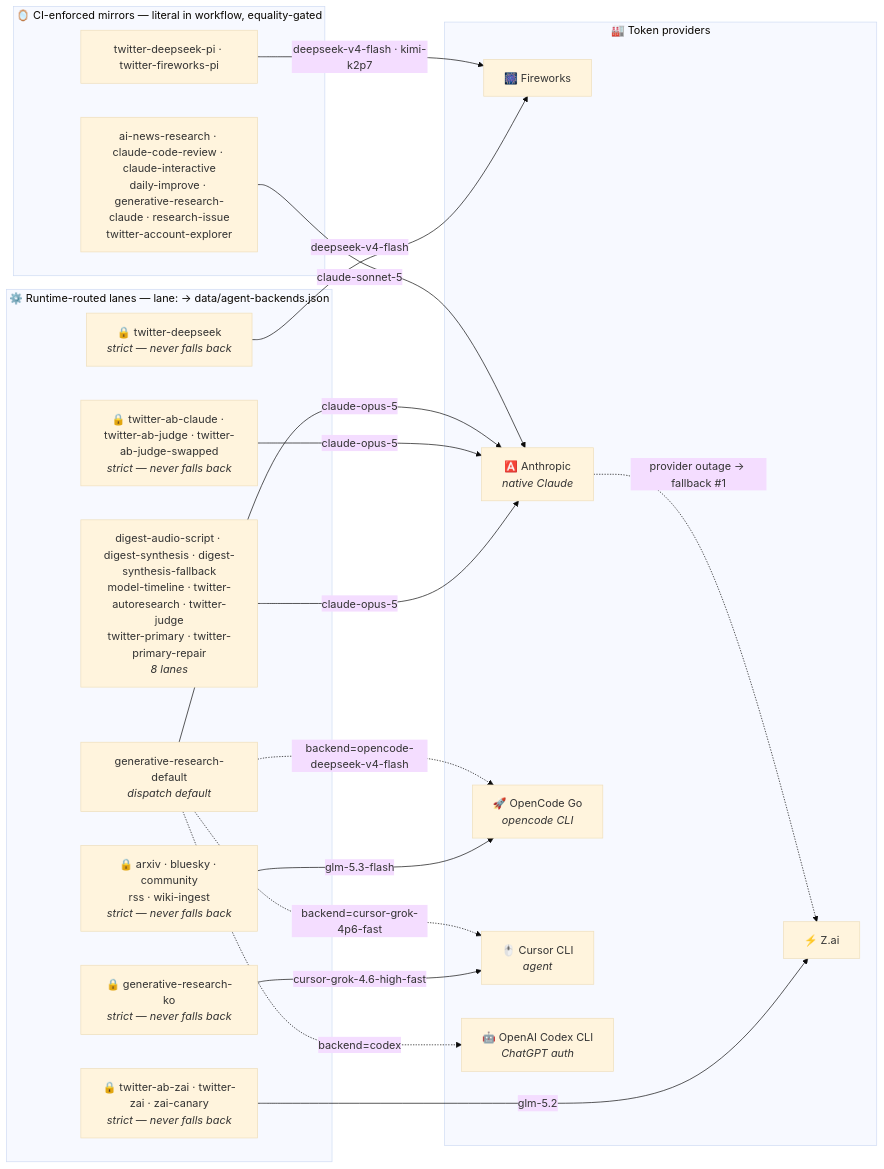
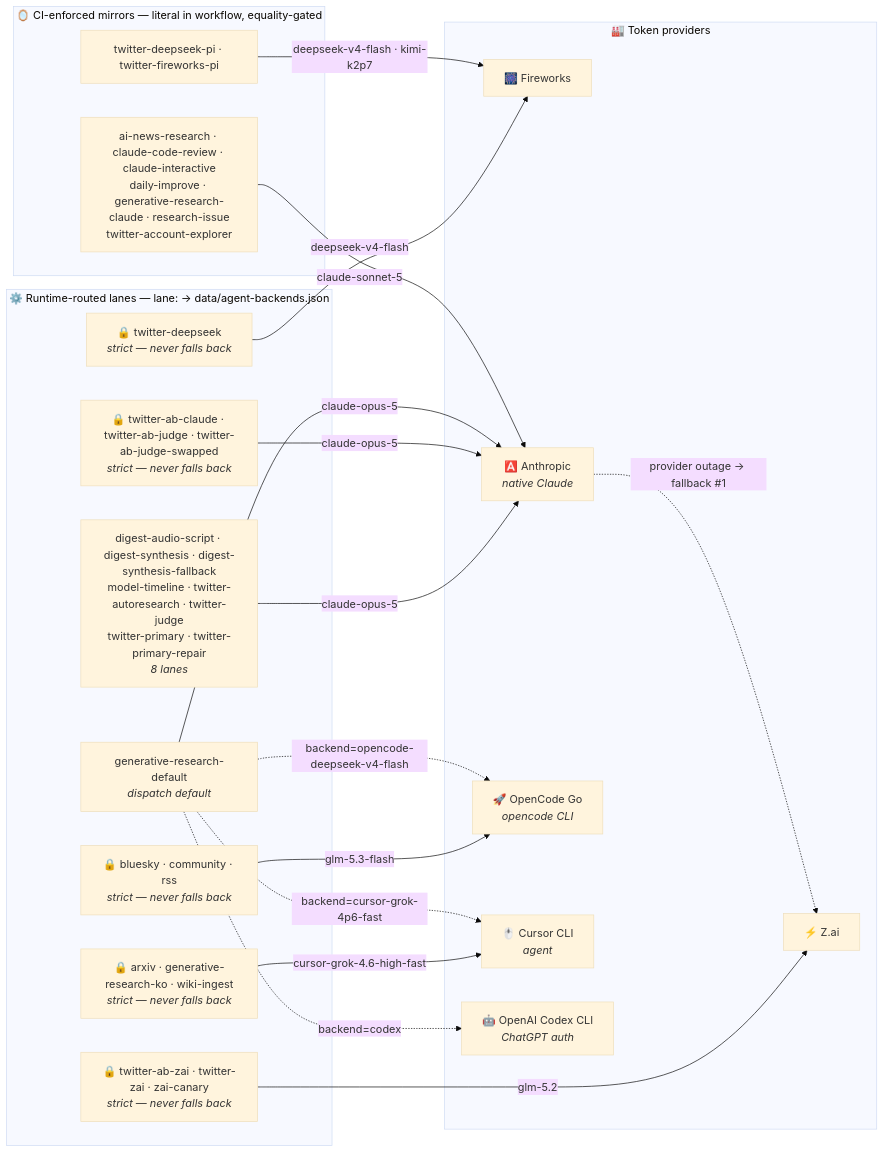
The second of 2 diagrams in README.md (guzus/ai-research-arm), drawn with Mermaid (base theme) before and after one commit. The commit also changed other lines of this file and 77 other files, not shown here.

````diff
--- a/README.md
+++ b/README.md
@@ -152,37 +152,37 @@
 ```mermaid
 flowchart LR
     subgraph runtime["⚙️ Runtime-routed lanes — lane: → data/agent-backends.json"]
         lanes0["digest-audio-script · digest-synthesis · digest-synthesis-fallback<br/>model-timeline · twitter-autoresearch · twitter-judge<br/>twitter-primary · twitter-primary-repair<br/><i>8 lanes</i>"]
         strict0["🔒 twitter-ab-claude · twitter-ab-judge · twitter-ab-judge-swapped<br/><i>strict — never falls back</i>"]
-        strict1["🔒 generative-research-ko<br/><i>strict — never falls back</i>"]
+        strict1["🔒 arxiv · generative-research-ko · wiki-ingest<br/><i>strict — never falls back</i>"]
         strict2["🔒 twitter-deepseek<br/><i>strict — never falls back</i>"]
-        strict3["🔒 arxiv · bluesky · community<br/>rss · wiki-ingest<br/><i>strict — never falls back</i>"]
+        strict3["🔒 bluesky · community · rss<br/><i>strict — never falls back</i>"]
         strict4["🔒 twitter-ab-zai · twitter-zai · zai-canary<br/><i>strict — never falls back</i>"]
         gendef["generative-research-default<br/><i>dispatch default</i>"]
     end
     subgraph mirrors["🪞 CI-enforced mirrors — literal in workflow, equality-gated"]
         pi["twitter-deepseek-pi · twitter-fireworks-pi"]
         native["ai-news-research · claude-code-review · claude-interactive<br/>daily-improve · generative-research-claude · research-issue<br/>twitter-account-explorer"]
     end
     subgraph providers["🏭 Token providers"]
         FW["🎆 Fireworks"]
         ZAI["⚡ Z.ai"]
         ANT["🅰️ Anthropic<br/><i>native Claude</i>"]
         OC["🚀 OpenCode Go<br/><i>opencode CLI</i>"]
         CUR["🖱️ Cursor CLI<br/><i>agent</i>"]
         OAI["🤖 OpenAI Codex CLI<br/><i>ChatGPT auth</i>"]
     end
     lanes0 -->|"claude-opus-5"| ANT
     strict0 -->|"claude-opus-5"| ANT
     strict1 -->|"cursor-grok-4.6-high-fast"| CUR
     strict2 -->|"deepseek-v4-flash"| FW
     strict3 -->|"glm-5.3-flash"| OC
     strict4 -->|"glm-5.2"| ZAI
     gendef -->|"claude-opus-5"| ANT
     pi -->|"deepseek-v4-flash · kimi-k2p7"| FW
     native -->|"claude-sonnet-5"| ANT
     gendef -.->|"backend=codex"| OAI
     gendef -.->|"backend=opencode-deepseek-v4-flash"| OC
     gendef -.->|"backend=cursor-grok-4p6-fast"| CUR
     ANT -. "provider outage → fallback #1" .-> ZAI
 ```
````
